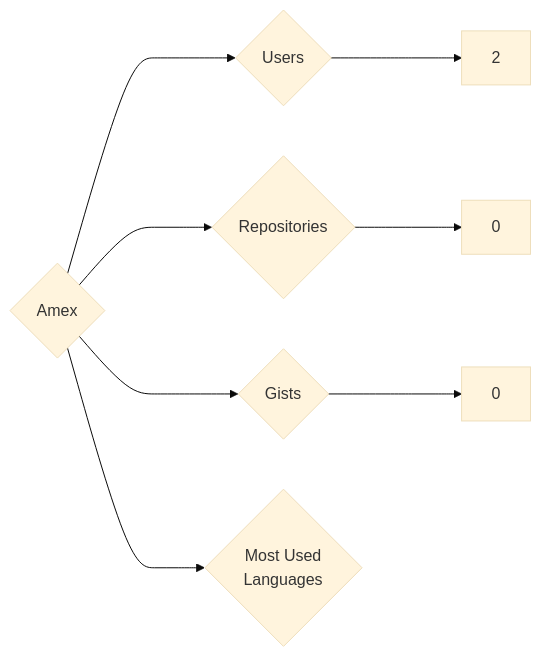
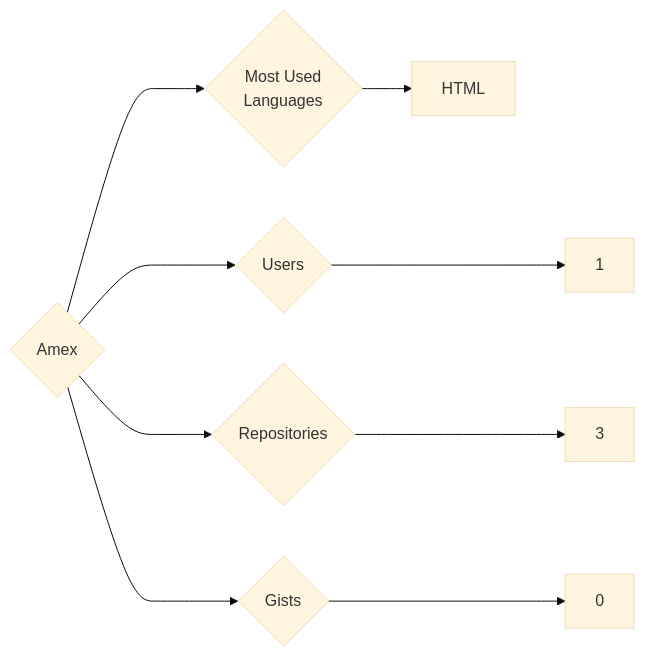
Before and after one commit to trickest/insiders: the diagram in targets/Amex/README.md, drawn with Mermaid (base theme). The commit also changed 924 other files, not shown here.

````diff
--- a/targets/Amex/README.md
+++ b/targets/Amex/README.md
@@ -3,8 +3,9 @@
 ```mermaid
 graph LR
 COMPANY_NAME{Amex}
-COMPANY_NAME ---> U{Users} ---> UN[2]
-COMPANY_NAME ---> R{Repositories} ---> RN[0]
+COMPANY_NAME ---> U{Users} ---> UN[1]
+COMPANY_NAME ---> R{Repositories} ---> RN[3]
 COMPANY_NAME ---> G{Gists} ---> GN[0]
 COMPANY_NAME ---> ML{Most Used<br>Languages}
+ML --> HTML[HTML]
 ```
````
